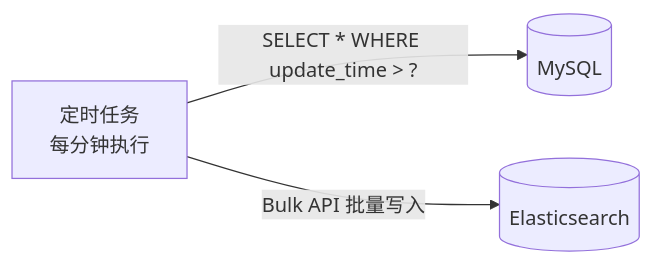
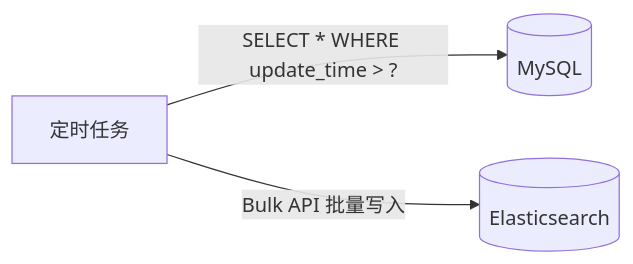
Before and after one commit to b1tzer/the-stack: the third of 4 diagrams in docs/elasticsearch/05-distributed-internals/chapter-07-data-consistency.md, drawn with Mermaid. The commit also changed other lines of this file and 467 other files, not shown here.

````diff
--- a/docs/elasticsearch/05-distributed-internals/chapter-07-data-consistency.md
+++ b/docs/elasticsearch/05-distributed-internals/chapter-07-data-consistency.md
@@ -235,5 +117,5 @@
 ```mermaid
 flowchart LR
-    Task[定时任务<br>每分钟执行] -->|"SELECT * WHERE update_time > ?"| MySQL[(MySQL)]
-    Task -->|"Bulk API 批量写入"| ES[(Elasticsearch)]
+    Task["定时任务"] -->|"SELECT * WHERE update_time > ?"| MySQL[("MySQL")]
+    Task -->|"Bulk API 批量写入"| ES[("Elasticsearch")]
 ```
````
